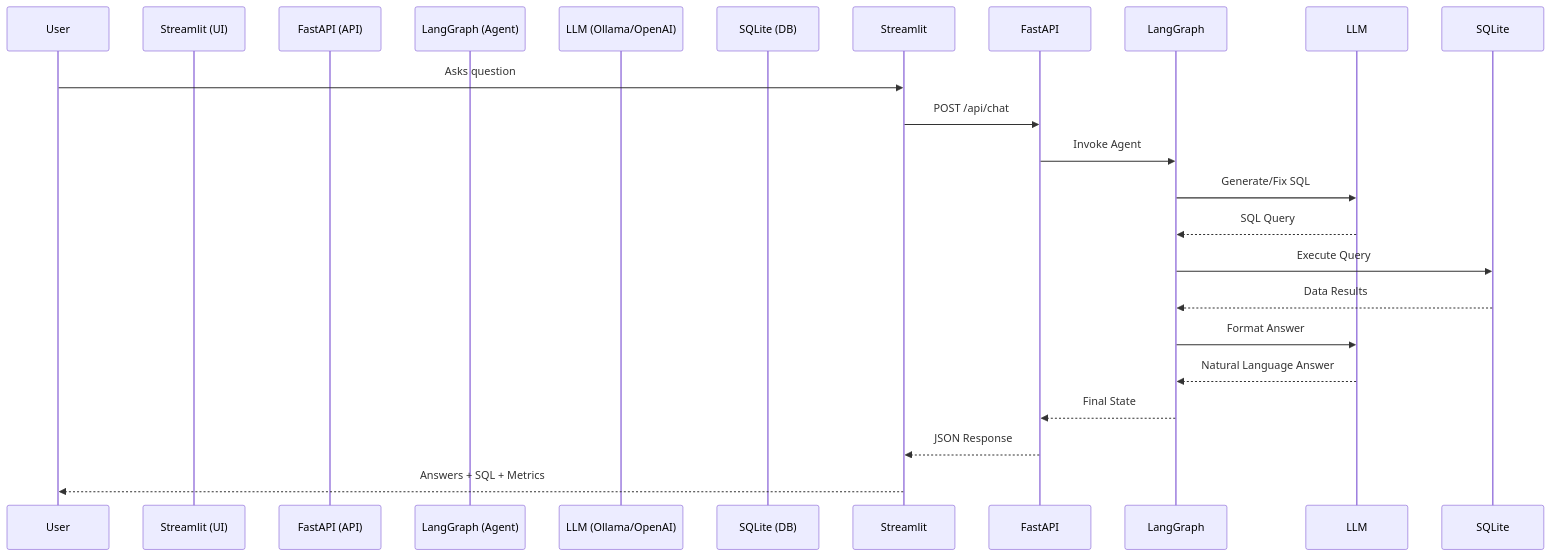
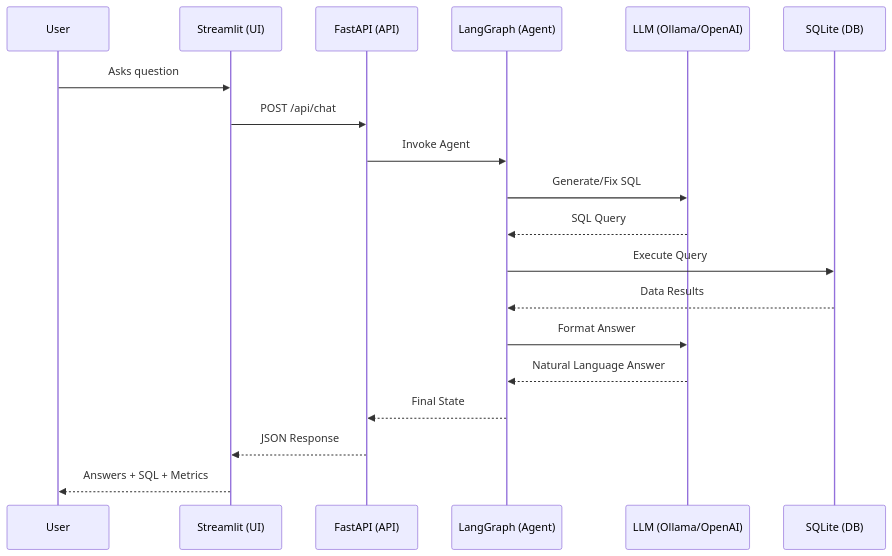
One commit to tonynagyy/Dual-AI-Chatbot changed the first of 2 diagrams in inventory-chatbot/README.md. Above: the diagram before and after it, drawn with Mermaid.

Commit message:
fix: fix the diagram in README.md file

````diff
--- a/inventory-chatbot/README.md
+++ b/inventory-chatbot/README.md
@@ -9,22 +9,22 @@
 ```mermaid
 sequenceDiagram
     participant User
     participant Streamlit (UI)
     participant FastAPI (API)
     participant LangGraph (Agent)
     participant LLM (Ollama/OpenAI)
     participant SQLite (DB)
 
-    User->>Streamlit: Asks question
-    Streamlit->>FastAPI: POST /api/chat
-    FastAPI->>LangGraph: Invoke Agent
-    LangGraph->>LLM: Generate/Fix SQL
-    LLM-->>LangGraph: SQL Query
-    LangGraph->>SQLite: Execute Query
-    SQLite-->>LangGraph: Data Results
-    LangGraph->>LLM: Format Answer
-    LLM-->>LangGraph: Natural Language Answer
-    LangGraph-->>FastAPI: Final State
-    FastAPI-->>Streamlit: JSON Response
-    Streamlit-->>User: Answers + SQL + Metrics
+    User->>Streamlit (UI): Asks question
+    Streamlit (UI)->>FastAPI (API): POST /api/chat
+    FastAPI (API)->>LangGraph (Agent): Invoke Agent
+    LangGraph (Agent)->>LLM (Ollama/OpenAI): Generate/Fix SQL
+    LLM (Ollama/OpenAI)-->>LangGraph (Agent): SQL Query
+    LangGraph (Agent)->>SQLite (DB): Execute Query
+    SQLite (DB)-->>LangGraph (Agent): Data Results
+    LangGraph (Agent)->>LLM (Ollama/OpenAI): Format Answer
+    LLM (Ollama/OpenAI)-->>LangGraph (Agent): Natural Language Answer
+    LangGraph (Agent)-->>FastAPI (API): Final State
+    FastAPI (API)-->>Streamlit (UI): JSON Response
+    Streamlit (UI)-->>User: Answers + SQL + Metrics
 ```
````
